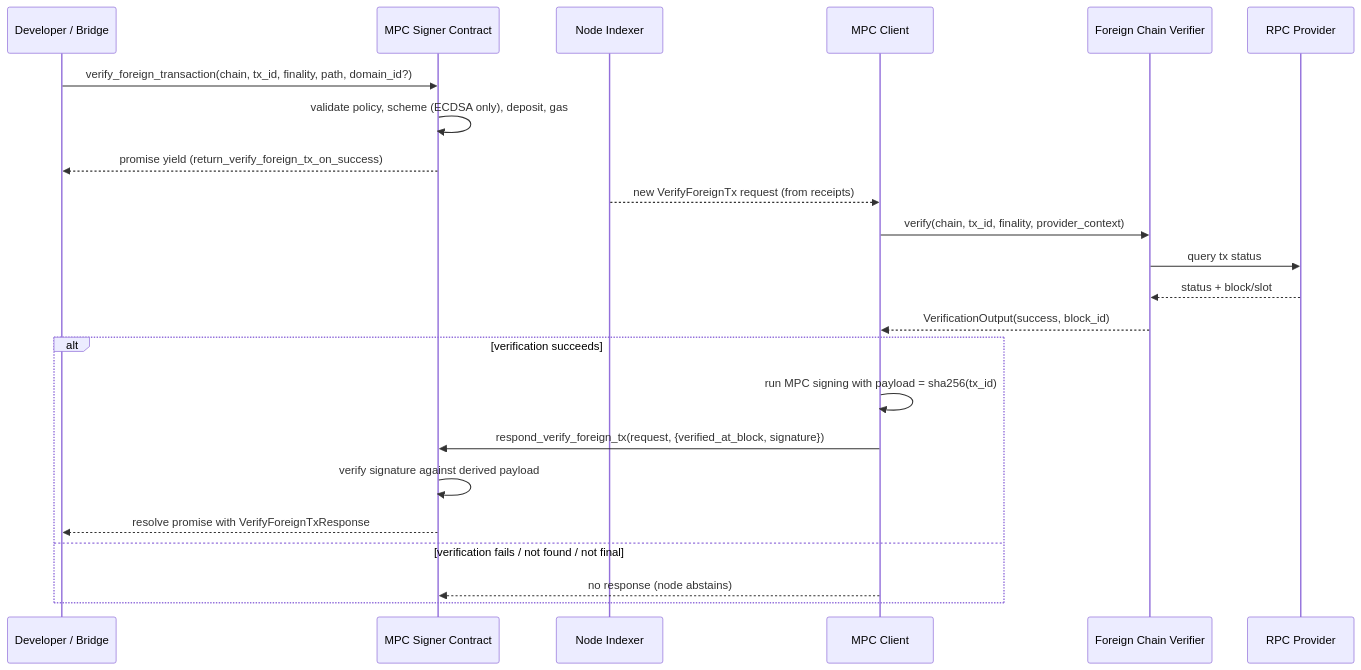
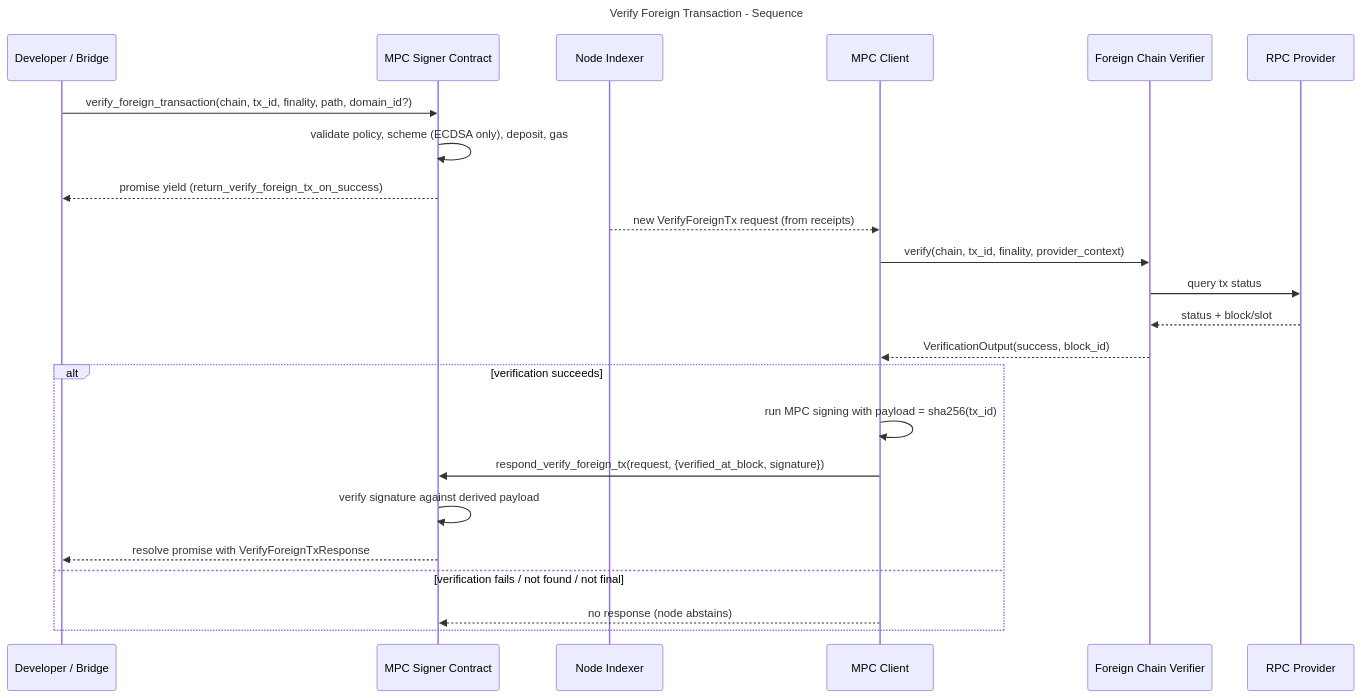
One commit to near/mpc changed the third of 4 diagrams in docs/foreign_chain_transactions.md. Above: the diagram before and after it, drawn with Mermaid. The commit also changed other lines of this file, not shown here.

Commit message:
Simplify charts

````diff
--- a/docs/foreign_chain_transactions.md
+++ b/docs/foreign_chain_transactions.md
@@ -88,28 +120,31 @@
 ```mermaid
+---
+title: Verify Foreign Transaction - Sequence
+---
 sequenceDiagram
   participant User as Developer / Bridge
   participant Contract as MPC Signer Contract
   participant Indexer as Node Indexer
   participant MPC as MPC Client
   participant Verifier as Foreign Chain Verifier
   participant RPC as RPC Provider
 
   User->>Contract: verify_foreign_transaction(chain, tx_id, finality, path, domain_id?)
   Contract->>Contract: validate policy, scheme (ECDSA only), deposit, gas
   Contract-->>User: promise yield (return_verify_foreign_tx_on_success)
 
   Indexer-->>MPC: new VerifyForeignTx request (from receipts)
   MPC->>Verifier: verify(chain, tx_id, finality, provider_context)
   Verifier->>RPC: query tx status
   RPC-->>Verifier: status + block/slot
   Verifier-->>MPC: VerificationOutput(success, block_id)
 
   alt verification succeeds
     MPC->>MPC: run MPC signing with payload = sha256(tx_id)
     MPC->>Contract: respond_verify_foreign_tx(request, {verified_at_block, signature})
     Contract->>Contract: verify signature against derived payload
     Contract-->>User: resolve promise with VerifyForeignTxResponse
   else verification fails / not found / not final
     MPC-->>Contract: no response (node abstains)
   end
 ```
````
